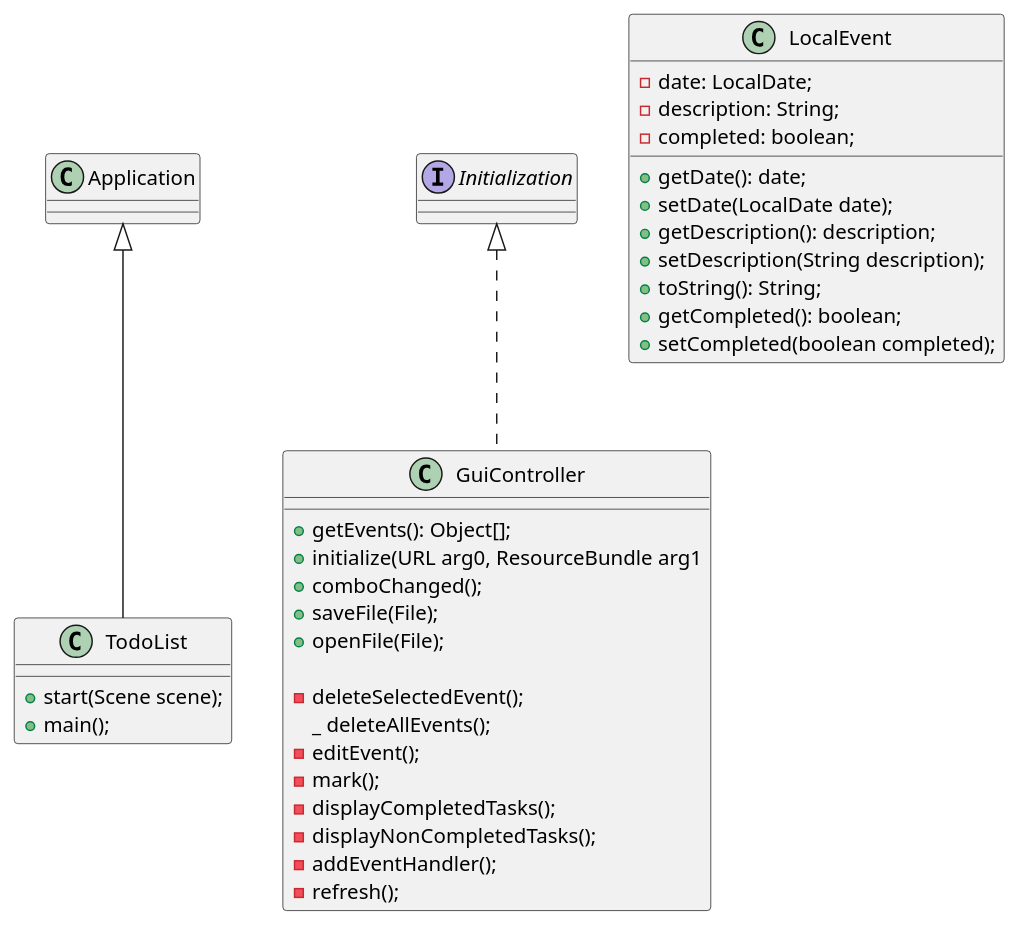
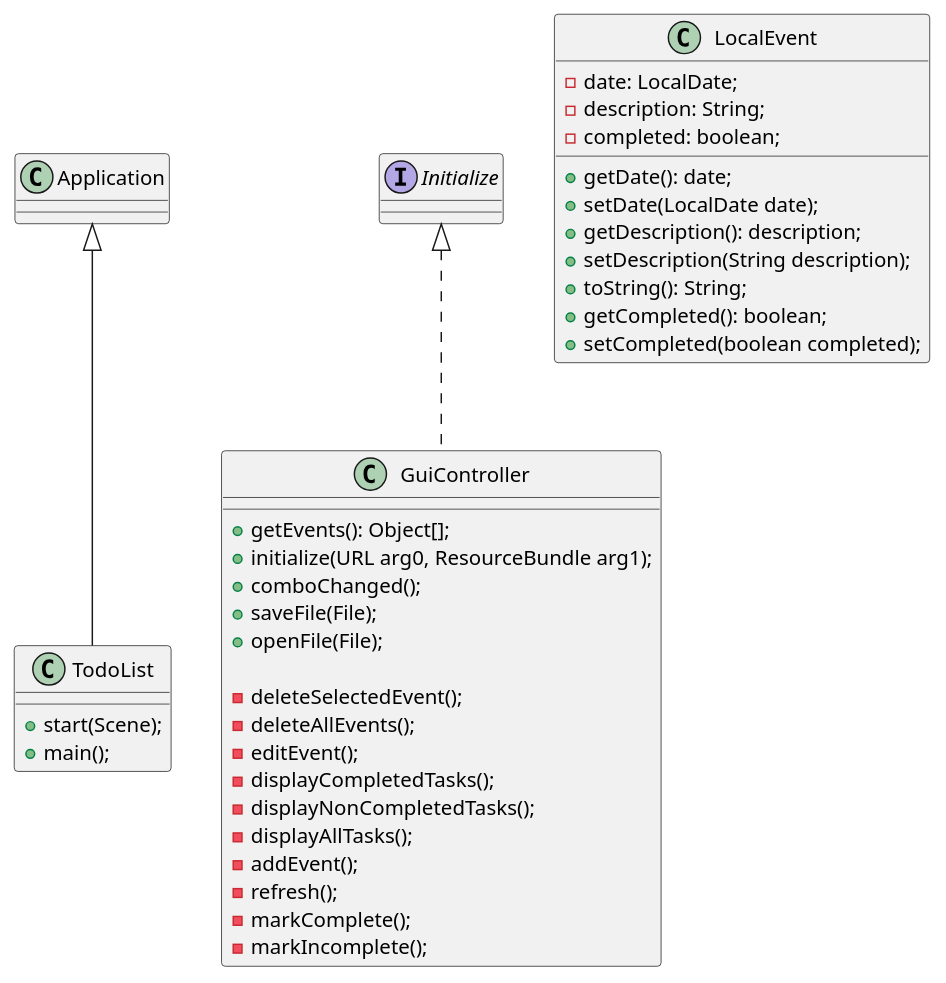
One commit to tylerking885/king-app1-impl changed the diagram in docs/ClassDiagrams.puml. Above: the diagram before and after it, drawn with PlantUML. The commit also changed 3 other files, not shown here.

Commit message:
updated class uml diagram

```diff
--- a/docs/ClassDiagrams.puml
+++ b/docs/ClassDiagrams.puml
@@ -1,38 +1,39 @@
 @startuml
 class TodoList extends Application{
-    + start(Scene scene);
+    + start(Scene);
     + main();
 }
 
-class GuiController implements Initialization{
+class GuiController implements Initialize{
     + getEvents(): Object[];
-    + initialize(URL arg0, ResourceBundle arg1
+    + initialize(URL arg0, ResourceBundle arg1);
     + comboChanged();
     + saveFile(File);
     + openFile(File);
 
     - deleteSelectedEvent();
-    _ deleteAllEvents();
+    - deleteAllEvents();
     - editEvent();
-    - mark();
     - displayCompletedTasks();
     - displayNonCompletedTasks();
-    - addEventHandler();
+    - displayAllTasks();
+    - addEvent();
     - refresh();
-
+    - markComplete();
+    - markIncomplete();
 }
 
 class LocalEvent{
     - date: LocalDate;
     - description: String;
     - completed: boolean;
 
     + getDate(): date;
     + setDate(LocalDate date);
     + getDescription(): description;
     + setDescription(String description);
     + toString(): String;
     + getCompleted(): boolean;
     + setCompleted(boolean completed);
 }
 @enduml
```
